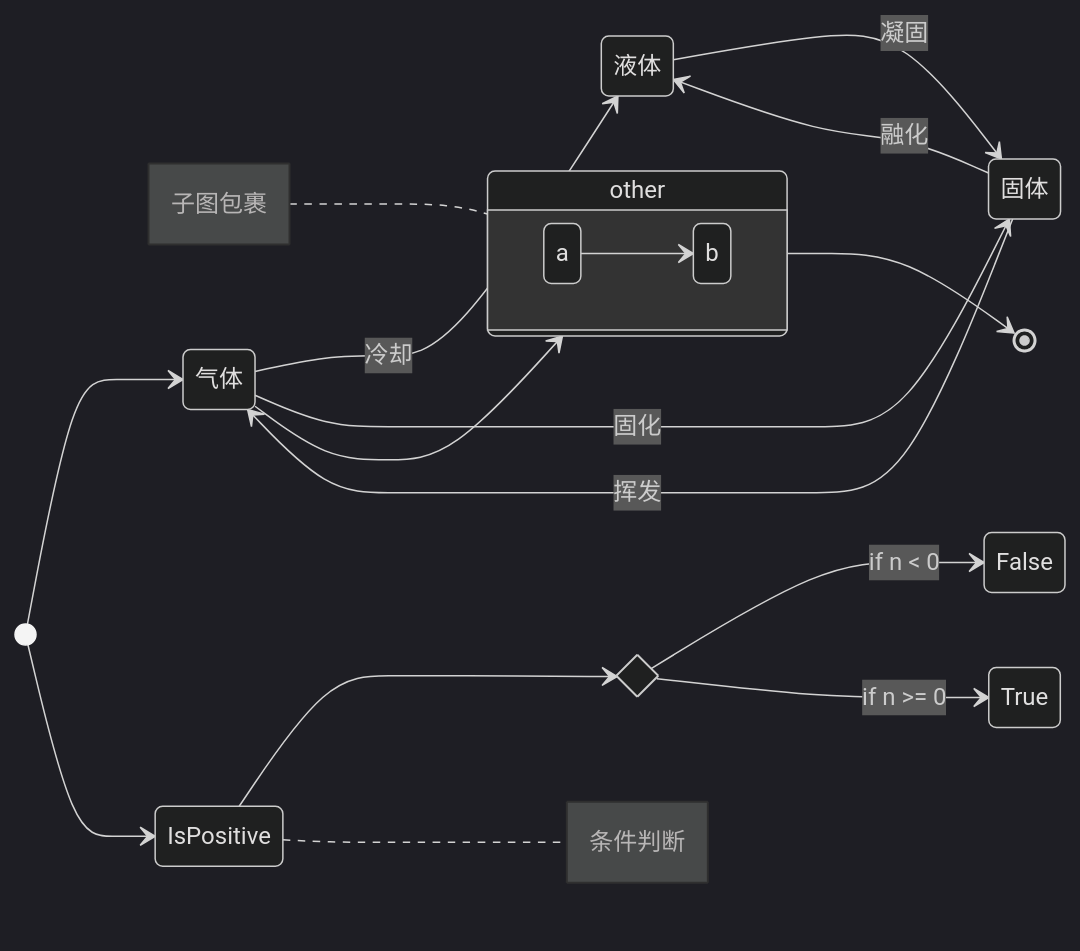
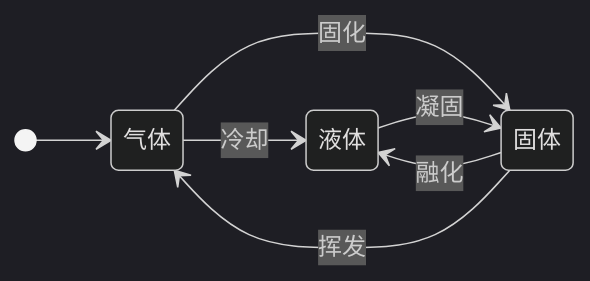
One commit to Gaohaoyang/gaohaoyang.github.io changed the eighth of 8 diagrams in _posts/2015-02-15-jekyll-editor.md. Above: the diagram before and after it, drawn with Mermaid (dark theme).

Commit message:
状态机渲染

```diff
--- a/_posts/2015-02-15-jekyll-editor.md
+++ b/_posts/2015-02-15-jekyll-editor.md
@@ -835,26 +866,10 @@
 <div class="mermaid">
-stateDiagram-v2
+    stateDiagram-v2
     direction LR
     [*] --> 气体
     气体 --> 液体:冷却
     气体 --> 固体:固化
     固体 --> 液体:融化
     液体 --> 固体:凝固
     固体 --> 气体:挥发
-    state other {
-        direction LR
-        a --> b
-    }
-    气体 --> other
-    other --> [*]
-
-    note left of other : 子图包裹
-    
-    state if_state <<choice>>
-    [*] --> IsPositive
-    IsPositive --> if_state
-    if_state --> False: if n < 0
-    if_state --> True : if n >= 0
-
-    note right of IsPositive : 条件判断
-</div>   
+</div>
```
